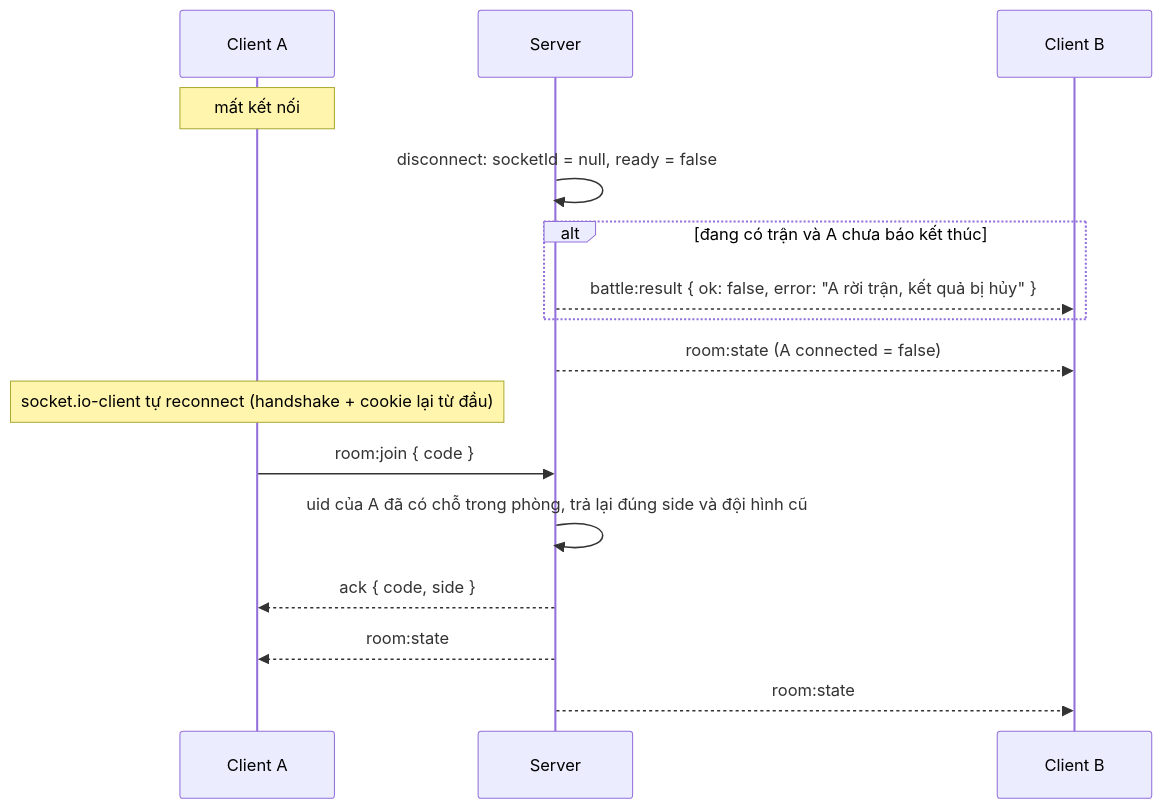
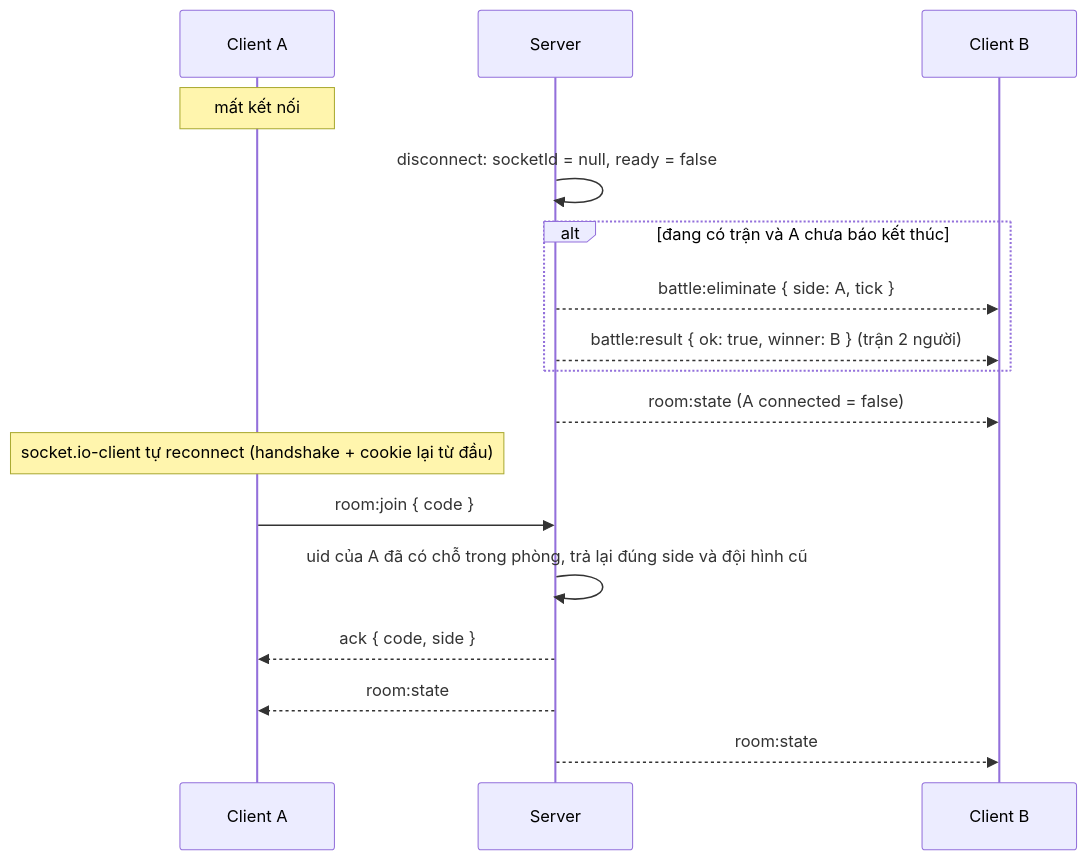
One commit to lualua0909/simulator-battle-webgame changed the sixth of 13 diagrams in docs/ARCHITECTURE.md. Above: the diagram before and after it, drawn with Mermaid. The commit also changed other lines of this file and 24 other files, not shown here.

````diff
--- a/docs/ARCHITECTURE.md
+++ b/docs/ARCHITECTURE.md
@@ -329,19 +359,20 @@
 ```mermaid
 sequenceDiagram
   participant A as Client A
   participant S as Server
   participant B as Client B
 
   Note over A: mất kết nối
   S->>S: disconnect: socketId = null, ready = false
   alt đang có trận và A chưa báo kết thúc
-    S-->>B: battle:result { ok: false, error: "A rời trận, kết quả bị hủy" }
+    S-->>B: battle:eliminate { side: A, tick }
+    S-->>B: battle:result { ok: true, winner: B } (trận 2 người)
   end
   S-->>B: room:state (A connected = false)
   Note over A: socket.io-client tự reconnect (handshake + cookie lại từ đầu)
   A->>S: room:join { code }
   S->>S: uid của A đã có chỗ trong phòng, trả lại đúng side và đội hình cũ
   S-->>A: ack { code, side }
   S-->>A: room:state
   S-->>B: room:state
 ```
````
